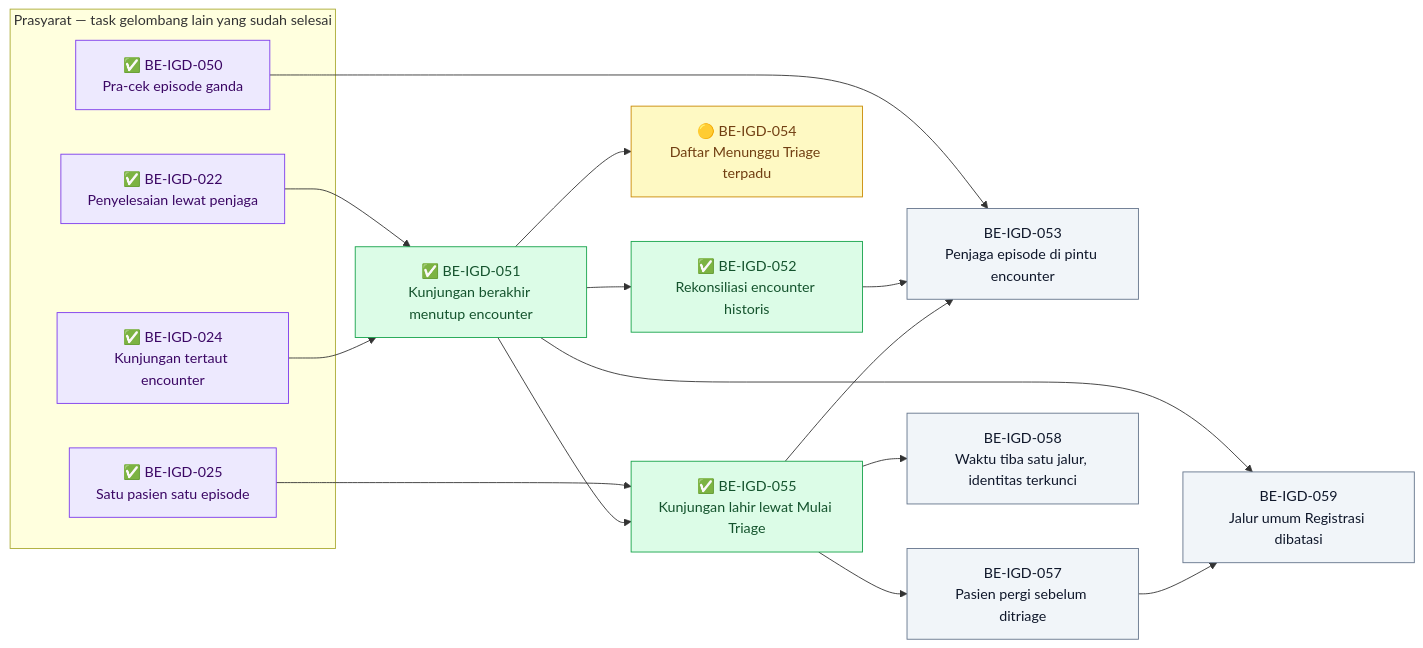
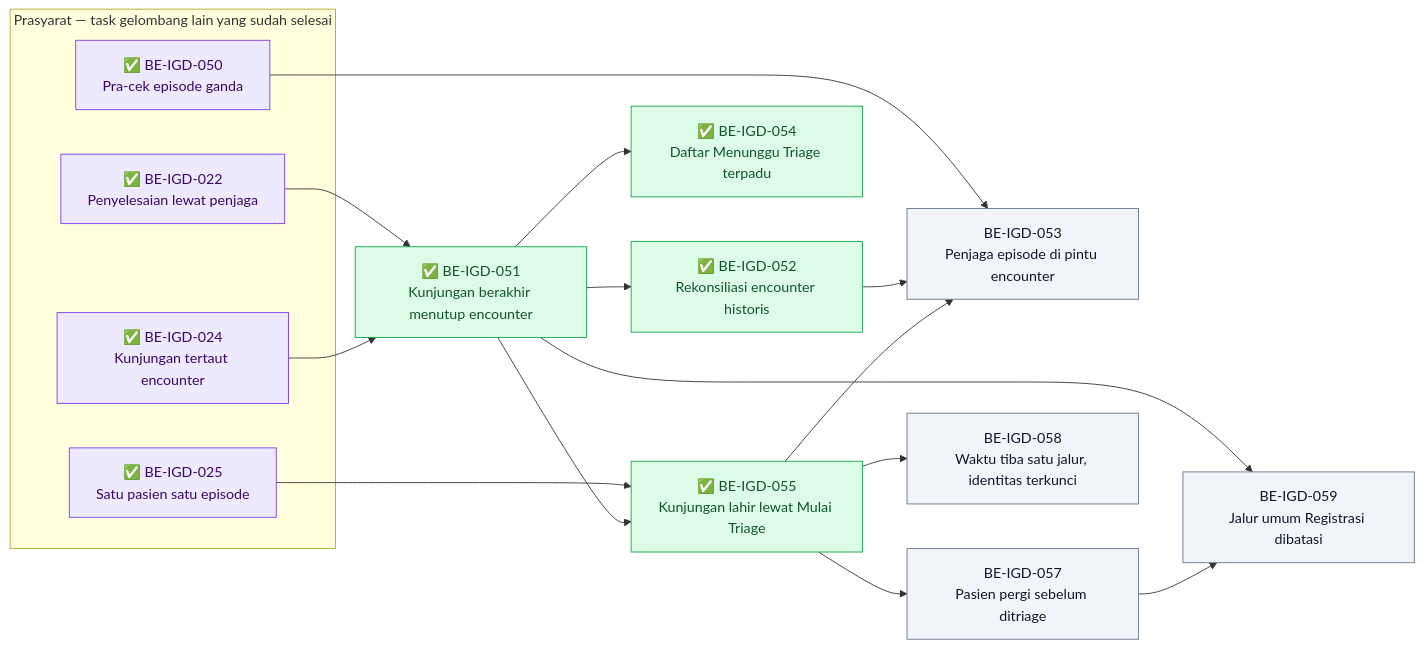
The tenth of 12 diagrams in docs/module-blueprints/igd/roadmap/backend-roadmap.md (DevBenari/NewQuilvianSystemBackend), drawn with Mermaid before and after one commit. The commit also changed other lines of this file and 2 other files, not shown here.

````diff
--- a/docs/module-blueprints/igd/roadmap/backend-roadmap.md
+++ b/docs/module-blueprints/igd/roadmap/backend-roadmap.md
@@ -1986,38 +1986,38 @@
 ```mermaid
 flowchart LR
     classDef selesai fill:#DCFCE7,stroke:#16A34A,color:#14532D
     classDef sebagian fill:#FEF9C3,stroke:#CA8A04,color:#713F12
     classDef terblokir fill:#FEE2E2,stroke:#DC2626,color:#7F1D1D
     classDef belum fill:#F1F5F9,stroke:#64748B,color:#0F172A
     classDef luar fill:#EDE9FE,stroke:#7C3AED,color:#3B0764
 
     subgraph prasyarat["Prasyarat — task gelombang lain yang sudah selesai"]
         BEIGD022["✅ BE-IGD-022<br/>Penyelesaian lewat penjaga"]:::luar
         BEIGD024["✅ BE-IGD-024<br/>Kunjungan tertaut encounter"]:::luar
         BEIGD025["✅ BE-IGD-025<br/>Satu pasien satu episode"]:::luar
         BEIGD050["✅ BE-IGD-050<br/>Pra-cek episode ganda"]:::luar
     end
 
     BEIGD051["✅ BE-IGD-051<br/>Kunjungan berakhir menutup encounter"]:::selesai
     BEIGD052["✅ BE-IGD-052<br/>Rekonsiliasi encounter historis"]:::selesai
-    BEIGD054["🟡 BE-IGD-054<br/>Daftar Menunggu Triage terpadu"]:::sebagian
+    BEIGD054["✅ BE-IGD-054<br/>Daftar Menunggu Triage terpadu"]:::selesai
     BEIGD055["✅ BE-IGD-055<br/>Kunjungan lahir lewat Mulai Triage"]:::selesai
     BEIGD053["BE-IGD-053<br/>Penjaga episode di pintu encounter"]:::belum
     BEIGD057["BE-IGD-057<br/>Pasien pergi sebelum ditriage"]:::belum
     BEIGD058["BE-IGD-058<br/>Waktu tiba satu jalur, identitas terkunci"]:::belum
     BEIGD059["BE-IGD-059<br/>Jalur umum Registrasi dibatasi"]:::belum
 
     BEIGD022 --> BEIGD051
     BEIGD024 --> BEIGD051
     BEIGD051 --> BEIGD052
     BEIGD051 --> BEIGD054
     BEIGD025 --> BEIGD055
     BEIGD051 --> BEIGD055
     BEIGD050 --> BEIGD053
     BEIGD052 --> BEIGD053
     BEIGD055 --> BEIGD053
     BEIGD055 --> BEIGD057
     BEIGD055 --> BEIGD058
     BEIGD051 --> BEIGD059
     BEIGD057 --> BEIGD059
 ```
````
